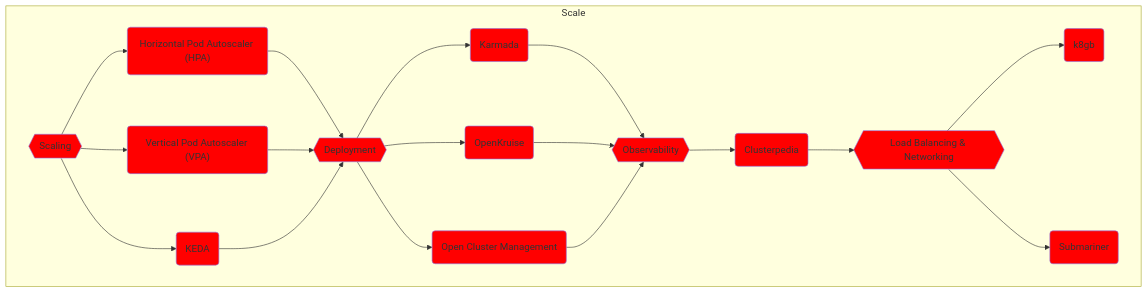
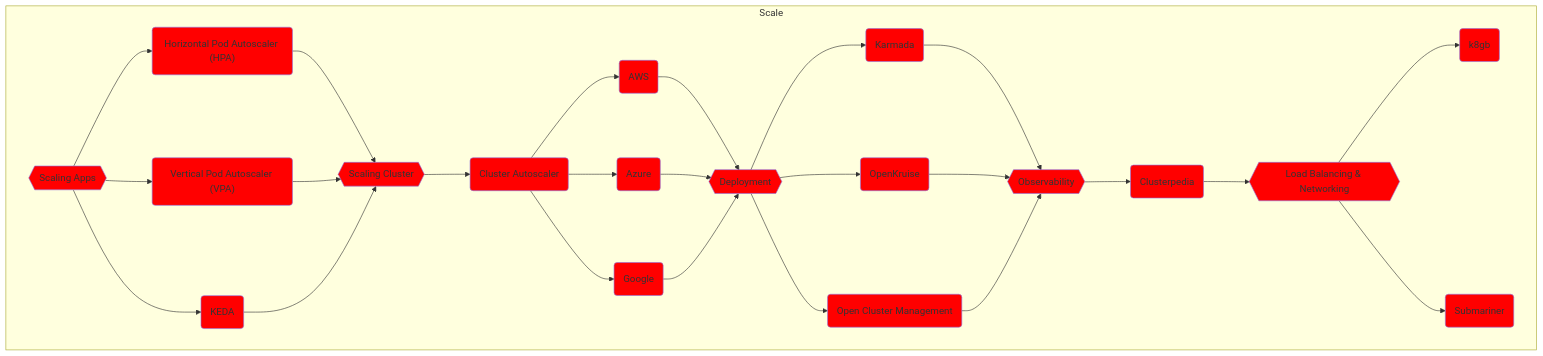
Before and after one commit to vfarcic/cncf-demo: the sixth of 11 diagrams in solution.md, drawn with Mermaid.

Commit message:
Solution

````diff
--- a/solution.md
+++ b/solution.md
@@ -710,53 +710,63 @@
 ```mermaid
 flowchart TD
 
     subgraph Scale
 
         %% -------------
         %% -- Scaling --
         %% -------------
-        scaling{{Scaling}}
+        scaling{{Scaling Apps}}
         style scaling fill:red
         hpa("Horizontal Pod Autoscaler (HPA)")
         style hpa fill:red
         vpa("Vertical Pod Autoscaler (VPA)")
         style vpa fill:red
         keda(KEDA)
         style keda fill:red
-        scaling --> hpa & vpa & keda --> deployment-mc
+        scaling-cluster{{Scaling Cluster}}
+        style scaling-cluster fill:red
+        cluster-autoscaler("Cluster Autoscaler")
+        style cluster-autoscaler fill:red
+        cluster-autoscaler-aws(AWS)
+        style cluster-autoscaler-aws fill:red
+        cluster-autoscaler-azure(Azure)
+        style cluster-autoscaler-azure fill:red
+        cluster-autoscaler-google(Google)
+        style cluster-autoscaler-google fill:red
+        scaling --> hpa & vpa & keda --> scaling-cluster --> cluster-autoscaler --> cluster-autoscaler-aws & cluster-autoscaler-azure & cluster-autoscaler-google --> deployment-mc
 
         %% ------------------------------
         %% -- Multi-Cluster Deployment --
         %% ------------------------------
         deployment-mc{{Deployment}}
         style deployment-mc fill:red
         deployment-mc-karmada(Karmada)
         style deployment-mc-karmada fill:red
         open-kruise(OpenKruise)
         style open-kruise fill:red
         ocm(Open Cluster Management)
         style ocm fill:red
         deployment-mc --> deployment-mc-karmada & open-kruise & ocm --> observability
 
         %% -------------------
         %% -- Observability --
         %% -------------------
         observability{{Observability}}
         style observability fill:red
         clusterpedia(Clusterpedia)
         style clusterpedia fill:red
         observability --> clusterpedia --> lb-mc
 
         %% ---------------------------------
         %% -- Load Balancing & Networking --
         %% ---------------------------------
         lb-mc{{Load Balancing & Networking}}
         style lb-mc fill:red
         lb-mc-k8gb(k8gb)
         style lb-mc-k8gb fill:red
         lb-mc-submariner(Submariner)
         style lb-mc-submariner fill:red
         lb-mc --> lb-mc-k8gb & lb-mc-submariner
 
     end
 ```
````
